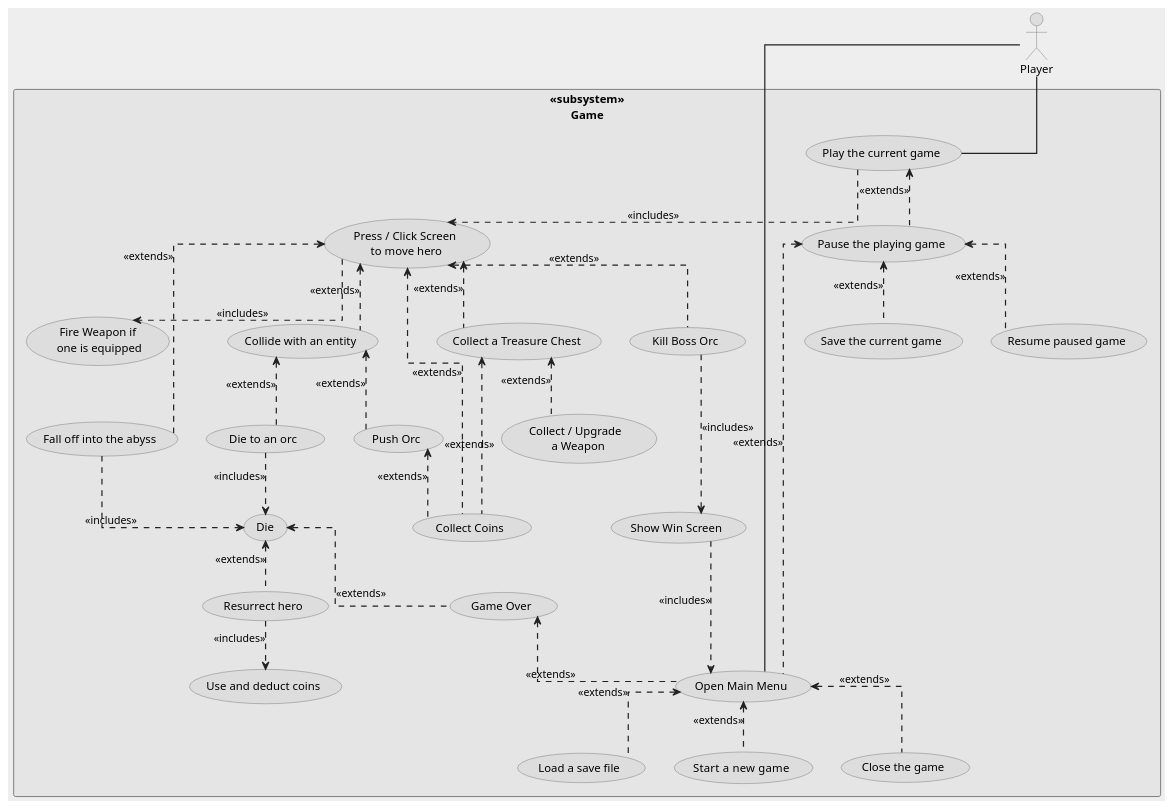
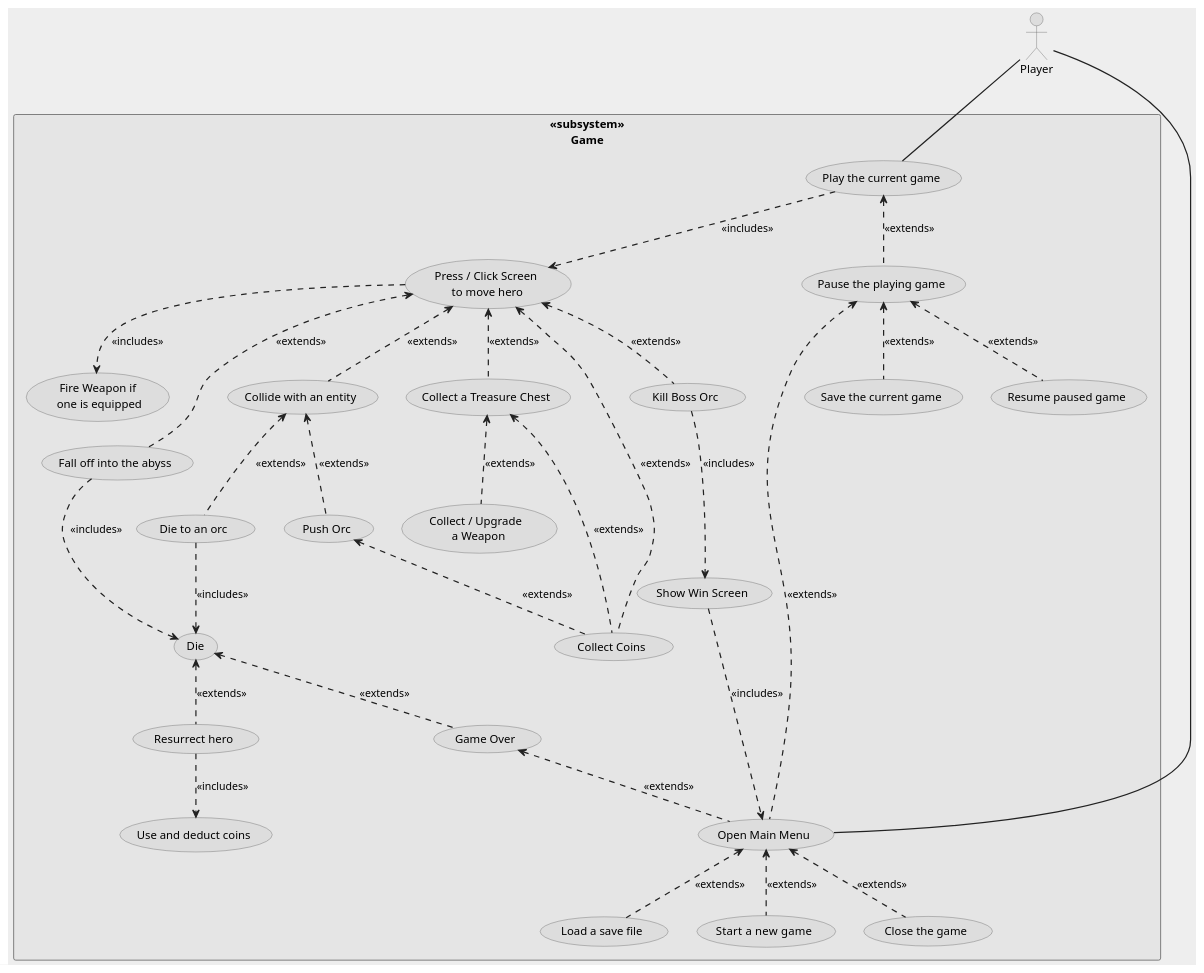
One commit to madhava20217/Will-Hero---JavaFX-clone changed the diagram in documentation/UML/UseCase.puml. Above: the diagram before and after it, drawn with PlantUML. The commit also changed 5 other files, not shown here.

Commit message:
increased diagrams resolution, contents remain same.

```diff
--- a/documentation/UML/UseCase.puml
+++ b/documentation/UML/UseCase.puml
@@ -1,87 +1,87 @@
 @startuml
 
 skinparam packageStyle rectangle
-skinparam linetype ortho
+'skinparam linetype ortho
 
 :Player: as pl
 
 skinparam BackgroundColor #EEE
 
 skinparam rectangle {
     BackgroundColor #E5E5E5
     BorderColor #666
 }
 
 skinparam arrowColor #222
 skinparam arrowThickness 1.5
 
 skinparam usecase {
     BackgroundColor #DDD
     BorderColor #666
 }
 
 skinparam actor {
     BorderColor #666
     BackgroundColor #DDD
 }
 
 rectangle <<subsystem>>\nGame {
     (Press / Click Screen\n to move hero) as press
     (Load a save file) as load
     (Save the current game) as save
     (Pause the playing game) as pause
     (Resume paused game) as resume
     (Resurrect hero) as resurrect
     (Use and deduct coins) as use_coins
     (Start a new  game) as start
     (Close the game) as exit
     (Open Main Menu) as initialise
     (Play the current game) as play
     (Collect a Treasure Chest) as collect
     (Collect Coins) as collect_coins
     (Collide with an entity) as collide
     (Die to an orc) as orc
     (Fire Weapon if\n one is equipped) as fire_weapon
     (Push Orc) as push_orc
     (Fall off into the abyss) as fall_off
     (Die) as die
     (Collect / Upgrade \n a Weapon) as collect_weapon
     (Game Over) as game_over
     (Kill Boss Orc) as boss_win
     (Show Win Screen) as win
 }
 
 pl -- initialise
 initialise <.. start: <<extends>>
 initialise <.. load: <<extends>>
 initialise <.. exit: <<extends>>
 
 play ..> press: <<includes>>
 play <.. pause: <<extends>>
 pause <.. resume: <<extends>>
 pause <.. save: <<extends>>
 
 press <.. collect: <<extends>>
 press <.. collide: <<extends>>
 press <.. collect_coins: <<extends>>
 press ..> fire_weapon: <<includes>>
 die <.. resurrect: <<extends>>
 resurrect ..> use_coins: <<includes>>
 pause <.. initialise: <<extends>>
 collide <.. push_orc: <<extends>>
 push_orc <.. collect_coins: <<extends>>
 collide <.. orc: <<extends>>
 press <.. fall_off: <<extends>>
 orc ..> die: <<includes>>
 fall_off ..> die: <<includes>>
 collect <.. collect_coins: <<extends>>
 collect <.. collect_weapon: <<extends>>
 die <.. game_over: <<extends>>
 game_over <.. initialise: <<extends>>
 
 press <.. boss_win: <<extends>>
 boss_win ..> win: <<includes>>
 win ..> initialise: <<includes>>
 pl -- play
 
 @enduml
```
